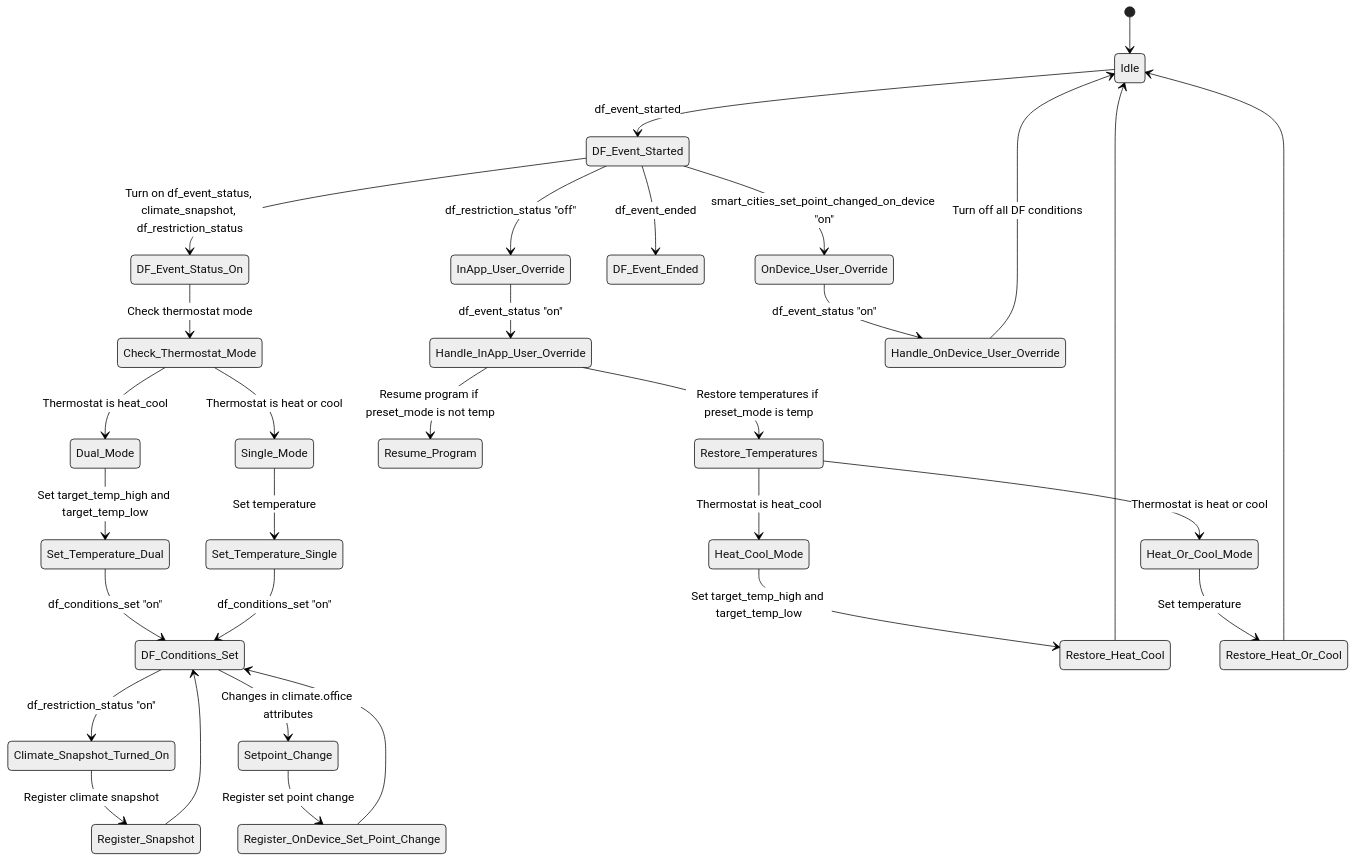
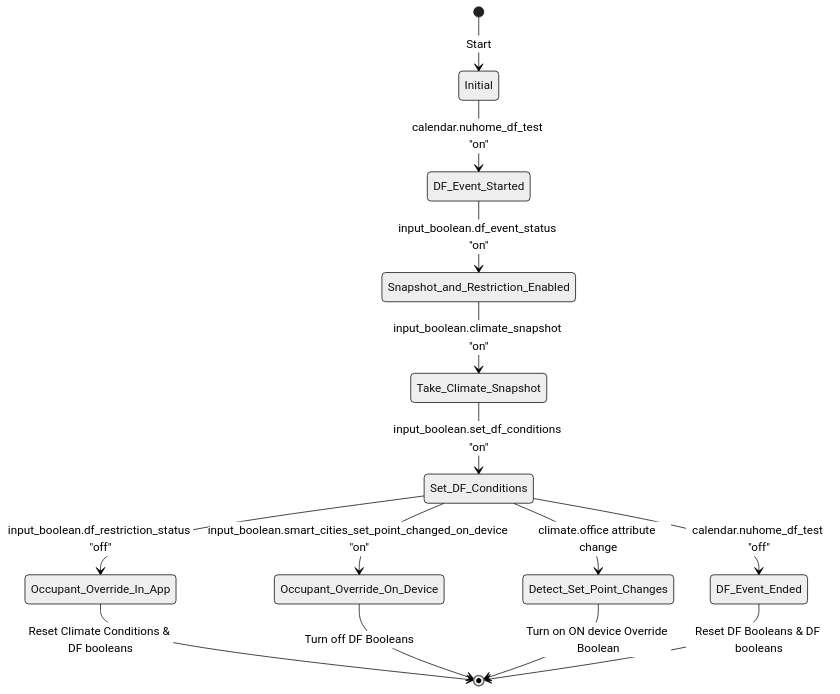
The diagram in README.md (Maharshi-Pathak/HA-notes), drawn with Mermaid (neutral theme) before and after one commit.

Commit message:
stateDia

````diff
--- a/README.md
+++ b/README.md
@@ -136,38 +136,20 @@
 ```mermaid
-stateDiagram
-    [*] --> Idle
+stateDiagram-v2
+    [*] --> Initial: Start
+    Initial --> DF_Event_Started: calendar.nuhome_df_test "on"
+    DF_Event_Started --> Snapshot_and_Restriction_Enabled: input_boolean.df_event_status "on"
+    Snapshot_and_Restriction_Enabled --> Take_Climate_Snapshot: input_boolean.climate_snapshot "on"
+    Take_Climate_Snapshot --> Set_DF_Conditions: input_boolean.set_df_conditions "on"
     
-    Idle --> DF_Event_Started: df_event_started
-    DF_Event_Started --> DF_Event_Status_On: Turn on df_event_status, climate_snapshot, df_restriction_status
-    DF_Event_Status_On --> Check_Thermostat_Mode: Check thermostat mode
-    Check_Thermostat_Mode --> Dual_Mode: Thermostat is heat_cool
-    Dual_Mode --> Set_Temperature_Dual: Set target_temp_high and target_temp_low
-    Check_Thermostat_Mode --> Single_Mode: Thermostat is heat or cool
-    Single_Mode --> Set_Temperature_Single: Set temperature
-    Set_Temperature_Dual --> DF_Conditions_Set: df_conditions_set "on"
-    Set_Temperature_Single --> DF_Conditions_Set: df_conditions_set "on"
-
-    DF_Conditions_Set --> Climate_Snapshot_Turned_On: df_restriction_status "on"
-    Climate_Snapshot_Turned_On --> Register_Snapshot: Register climate snapshot
-    Register_Snapshot --> DF_Conditions_Set
-
-    DF_Event_Started --> InApp_User_Override: df_restriction_status "off"
-    DF_Event_Started --> DF_Event_Ended: df_event_ended
-    InApp_User_Override --> Handle_InApp_User_Override: df_event_status "on"
-    Handle_InApp_User_Override --> Resume_Program: Resume program if preset_mode is not temp
-    Handle_InApp_User_Override --> Restore_Temperatures: Restore temperatures if preset_mode is temp
-    Restore_Temperatures --> Heat_Cool_Mode: Thermostat is heat_cool
-    Heat_Cool_Mode --> Restore_Heat_Cool: Set target_temp_high and target_temp_low
-    Restore_Temperatures --> Heat_Or_Cool_Mode: Thermostat is heat or cool
-    Heat_Or_Cool_Mode --> Restore_Heat_Or_Cool: Set temperature
-    Restore_Heat_Cool --> Idle
-    Restore_Heat_Or_Cool --> Idle
-
-    DF_Event_Started --> OnDevice_User_Override: smart_cities_set_point_changed_on_device "on"
-    OnDevice_User_Override --> Handle_OnDevice_User_Override: df_event_status "on"
-    Handle_OnDevice_User_Override --> Idle: Turn off all DF conditions
-
-    DF_Conditions_Set --> Setpoint_Change: Changes in climate.office attributes
-    Setpoint_Change --> Register_OnDevice_Set_Point_Change: Register set point change
-    Register_OnDevice_Set_Point_Change --> DF_Conditions_Set
+    Set_DF_Conditions --> Occupant_Override_In_App: input_boolean.df_restriction_status "off"
+    Occupant_Override_In_App --> [*]: Reset Climate Conditions & DF booleans
+    
+    Set_DF_Conditions --> Occupant_Override_On_Device: input_boolean.smart_cities_set_point_changed_on_device "on"
+    Occupant_Override_On_Device --> [*]: Turn off DF Booleans
+    
+    Set_DF_Conditions --> Detect_Set_Point_Changes: climate.office attribute change
+    Detect_Set_Point_Changes --> [*]: Turn on ON device Override Boolean
+    
+    Set_DF_Conditions --> DF_Event_Ended: calendar.nuhome_df_test "off"
+    DF_Event_Ended --> [*]: Reset DF Booleans & DF booleans
 ```
````
